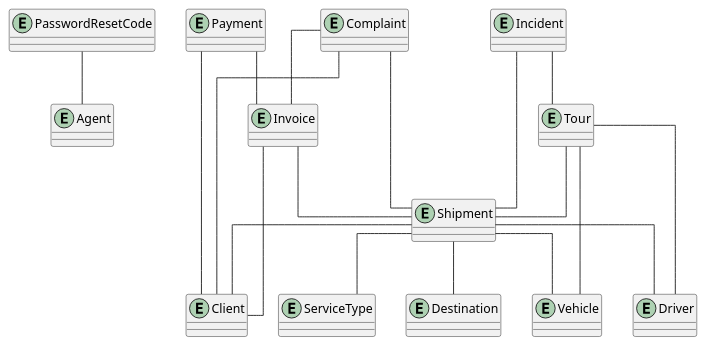
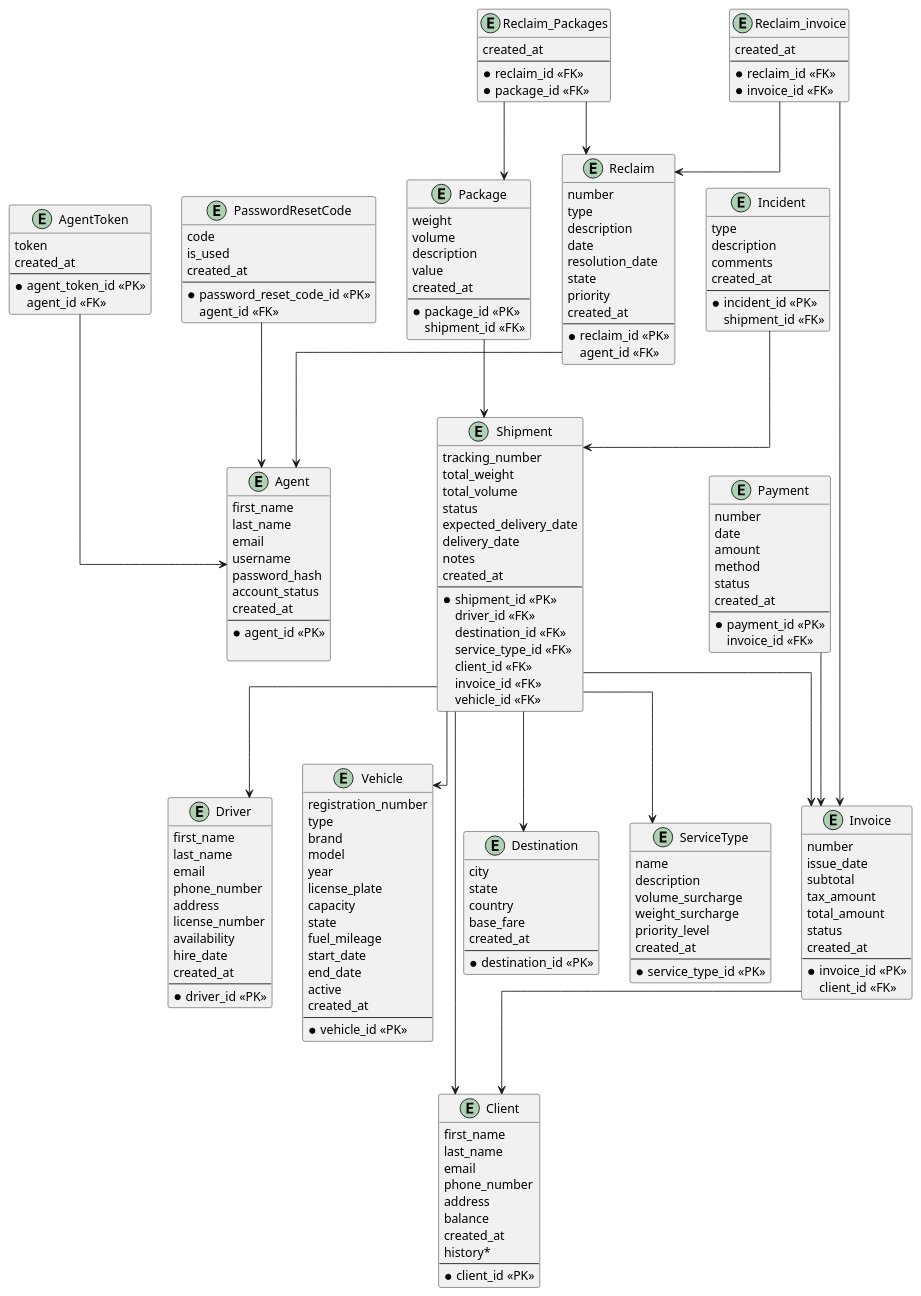
One commit to mati2100/Project-TP-SI changed the diagram in Conception/EntityRelationDiagrame.puml. Above: the diagram before and after it, drawn with PlantUML. The commit also changed 70 other files, not shown here.

```diff
--- a/Conception/EntityRelationDiagrame.puml
+++ b/Conception/EntityRelationDiagrame.puml
@@ -3,55 +3,204 @@
 skinparam linetype ortho
 
 entity "Agent" as agent {
+    first_name
+    last_name
+    email
+    username
+    password_hash
+    account_status
+    created_at
+    --
+    *agent_id <<PK>>
+    
 }
 
 entity "PasswordResetCode" as PasswordResetCode {
+    code
+    is_used
+    created_at
+    --
+    *password_reset_code_id <<PK>>
+    agent_id <<FK>>
+}
+entity "AgentToken" as token {
+    token
+    created_at
+    --
+    *agent_token_id <<PK>>
+    agent_id <<FK>>
 }
 
 entity "Vehicle" as vehicle {
+    registration_number
+    type
+    brand
+    model
+    year
+    license_plate
+    capacity
+    state
+    fuel_mileage
+    start_date
+    end_date
+    active
+    created_at
+    --
+    *vehicle_id <<PK>> 
 }
 
-entity "Shipment" as shipment {
+entity "Package" as package {
+    weight
+    volume
+    description
+    value
+    created_at
+    --
+    *package_id <<PK>>
+    shipment_id <<FK>>
 }
 
 
 entity "Destination" as destination {
+    city
+    state
+    country
+    base_fare
+    created_at
+    --
+    *destination_id <<PK>>
 }
 
 entity "ServiceType" as service_type {
+    name
+    description
+    volume_surcharge
+    weight_surcharge
+    priority_level
+    created_at
+    --
+    *service_type_id <<PK>>
 }
 
 entity "Payment" as payment {
+    number
+    date
+    amount
+    method
+    status
+    created_at
+    --
+    *payment_id <<PK>>
+    invoice_id <<FK>>
 }
 entity "Invoice" as invoice {
+    number
+    issue_date
+    subtotal
+    tax_amount
+    total_amount
+    status
+    created_at
+    --
+    *invoice_id <<PK>>
+    client_id <<FK>>
 }
 entity "Incident" as incident {
+    type
+    description
+    comments
+    created_at
+    --
+    *incident_id <<PK>>
+    shipment_id <<FK>>
 }
 entity "Client" as client {
+    first_name
+    last_name
+    email
+    phone_number
+    address
+    balance
+    created_at
+    history*
+    --
+    *client_id <<PK>>
 }
 entity "Driver" as driver {
+    first_name
+    last_name
+    email
+    phone_number
+    address
+    license_number
+    availability
+    hire_date
+    created_at
+    --
+    *driver_id <<PK>>
 }
-entity "Tour" as tour {
+entity "Shipment" as shipment {
+    tracking_number
+    total_weight
+    total_volume
+    status
+    expected_delivery_date
+    delivery_date
+    notes
+    created_at
+    --
+    *shipment_id <<PK>>
+    driver_id <<FK>>
+    destination_id <<FK>>
+    service_type_id <<FK>>
+    client_id <<FK>>
+    invoice_id <<FK>>
+    vehicle_id <<FK>>
 }
-entity "Complaint" as complaint {
+entity "Reclaim" as reclaim {
+    number
+    type
+    description
+    date
+    resolution_date
+    state
+    priority
+    created_at
+    --
+    *reclaim_id <<PK>>
+    agent_id <<FK>>
 }
-shipment -- client
-shipment -- service_type
-shipment -- destination
-shipment -- driver
-shipment -- vehicle
-PasswordResetCode -- agent
-payment -- client
-payment -- invoice
-invoice -- shipment
-invoice -- client
-incident -- shipment
-incident -- tour
-tour -- driver
-tour -- vehicle
-tour -- shipment
-complaint -- client
-complaint -- invoice
-complaint -- shipment
+entity "Reclaim_Packages" as reclaim_packages {
+    created_at
+    --
+    *reclaim_id <<FK>>
+    *package_id <<FK>>
+}
+entity "Reclaim_invoice" as reclaim_invoice {
+    created_at
+    --
+    *reclaim_id <<FK>>
+    *invoice_id <<FK>>
+}
+
+reclaim_packages --> reclaim
+reclaim_packages --> package
+reclaim_invoice --> reclaim
+reclaim_invoice --> invoice
+PasswordResetCode --> agent
+token --> agent
+package --> shipment
+shipment --> driver
+shipment --> vehicle
+shipment --> destination
+shipment --> service_type
+shipment --> client
+shipment --> invoice
+payment --> invoice
+incident --> shipment
+invoice --> client
+reclaim --> agent
+
+
 
 @enduml
```
